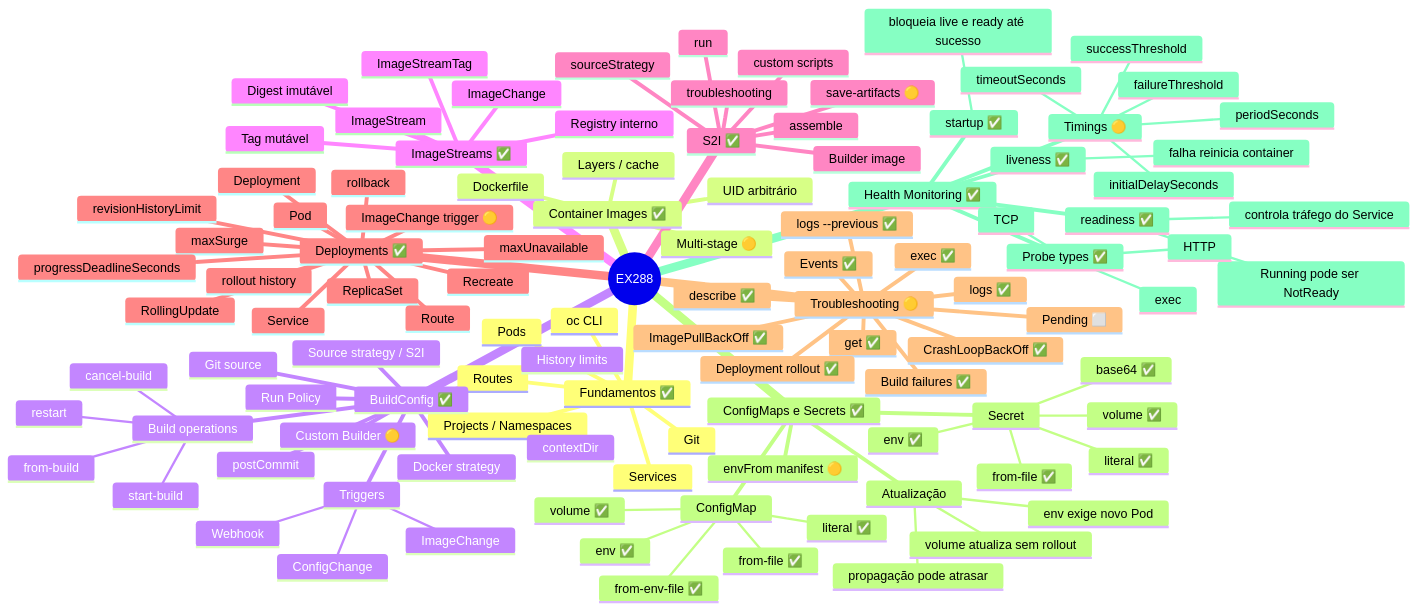
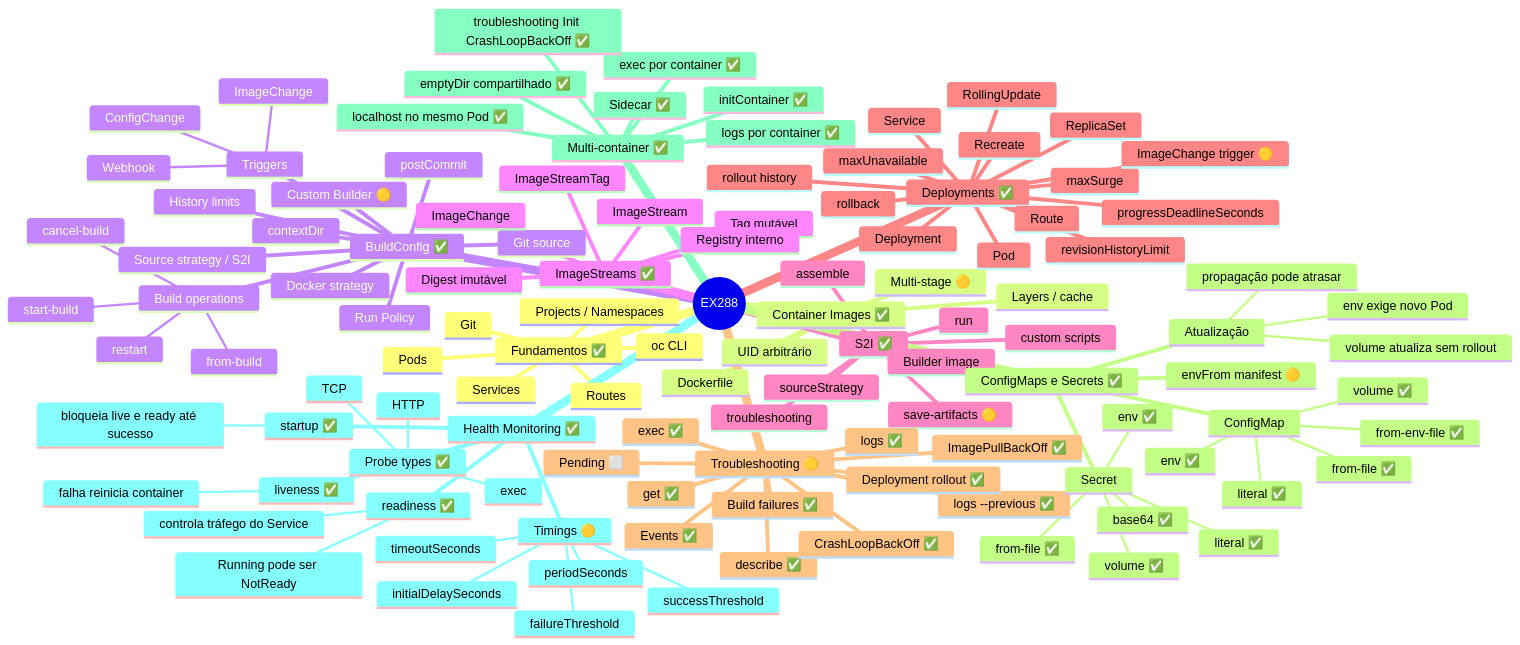
One commit to fmonticelli/ex288-labs changed the second of 13 diagrams in mindmap/README.md. Above: the diagram before and after it, drawn with Mermaid. The commit also changed other lines of this file, not shown here.

Commit message:
docs: map multi-container pod flows

```diff
--- a/mindmap/README.md
+++ b/mindmap/README.md
@@ -144,6 +144,14 @@
         volume atualiza sem rollout
         propagação pode atrasar
       envFrom manifest 🟡
+    Multi-container ✅
+      Sidecar ✅
+      initContainer ✅
+      emptyDir compartilhado ✅
+      localhost no mesmo Pod ✅
+      logs por container ✅
+      exec por container ✅
+      troubleshooting Init CrashLoopBackOff ✅
     Health Monitoring ✅
       readiness ✅
         Running pode ser NotReady
```
